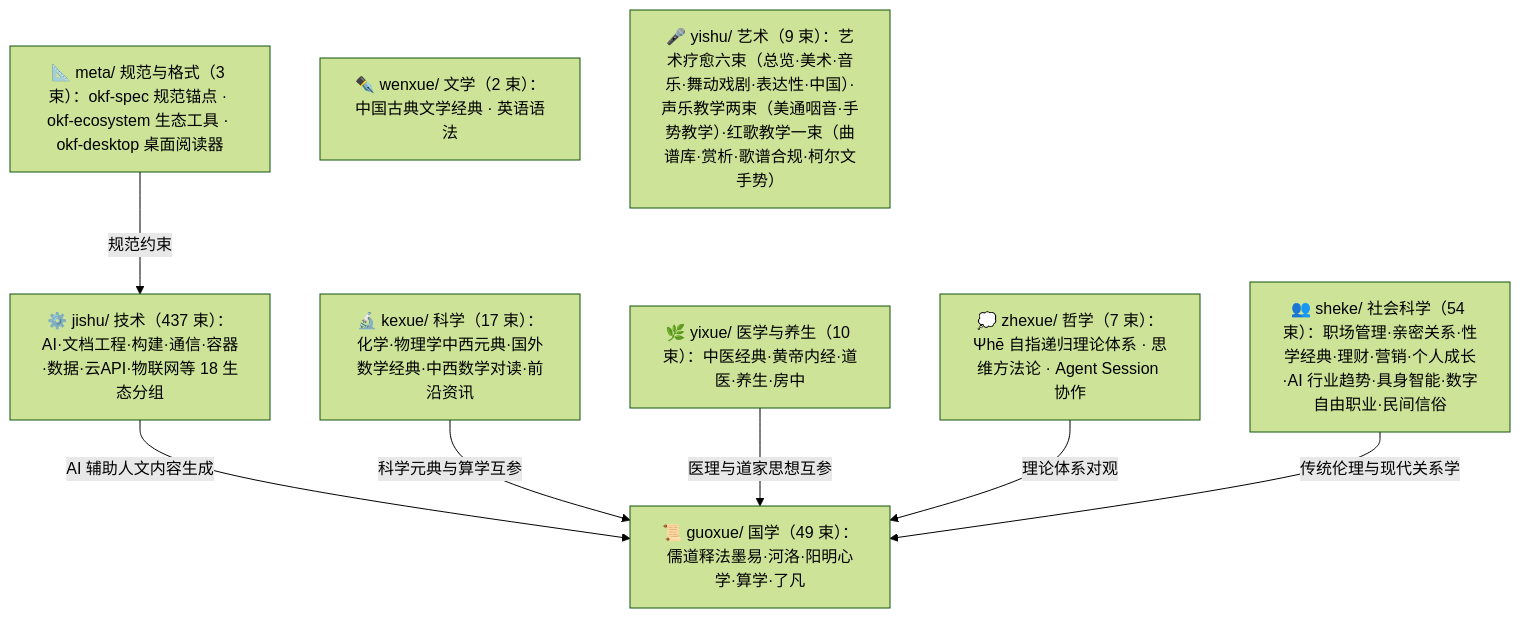
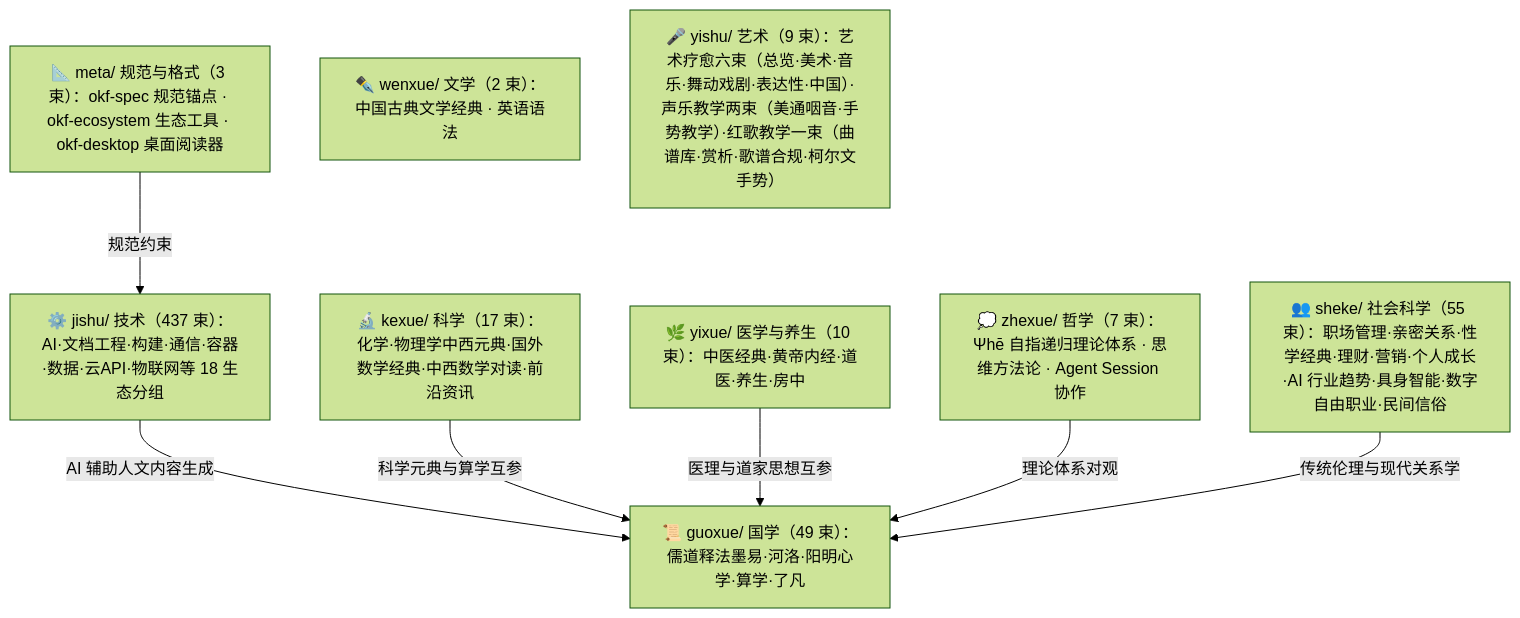
The diagram in doc/bundles/index.md (awesome-flexloop/awesome-okf), drawn with Mermaid (forest theme) before and after one commit. The commit also changed other lines of this file and 11 other files, not shown here.

````diff
--- a/doc/bundles/index.md
+++ b/doc/bundles/index.md
@@ -21,18 +21,18 @@
 ```mermaid
 flowchart TD
     meta["📐 meta/ 规范与格式（3 束）：okf-spec 规范锚点 · okf-ecosystem 生态工具 · okf-desktop 桌面阅读器"]
     guoxue["📜 guoxue/ 国学（49 束）：儒道释法墨易·河洛·阳明心学·算学·了凡"]
     zhexue["💭 zhexue/ 哲学（7 束）：Ψhē 自指递归理论体系 · 思维方法论 · Agent Session 协作"]
     kexue["🔬 kexue/ 科学（17 束）：化学·物理学中西元典·国外数学经典·中西数学对读·前沿资讯"]
     wenxue["✒️ wenxue/ 文学（2 束）：中国古典文学经典 · 英语语法"]
     yixue["🌿 yixue/ 医学与养生（10 束）：中医经典·黄帝内经·道医·养生·房中"]
-    sheke["👥 sheke/ 社会科学（54 束）：职场管理·亲密关系·性学经典·理财·营销·个人成长·AI 行业趋势·具身智能·数字自由职业·民间信俗"]
+    sheke["👥 sheke/ 社会科学（55 束）：职场管理·亲密关系·性学经典·理财·营销·个人成长·AI 行业趋势·具身智能·数字自由职业·民间信俗"]
     yishu["🎤 yishu/ 艺术（9 束）：艺术疗愈六束（总览·美术·音乐·舞动戏剧·表达性·中国）·声乐教学两束（美通咽音·手势教学）·红歌教学一束（曲谱库·赏析·歌谱合规·柯尔文手势）"]
     jishu["⚙️ jishu/ 技术（437 束）：AI·文档工程·构建·通信·容器·数据·云API·物联网等 18 生态分组"]
     meta -->|"规范约束"| jishu
     jishu -->|"AI 辅助人文内容生成"| guoxue
     kexue -->|"科学元典与算学互参"| guoxue
     yixue -->|"医理与道家思想互参"| guoxue
     zhexue -->|"理论体系对观"| guoxue
     sheke -->|"传统伦理与现代关系学"| guoxue
 ```
````
